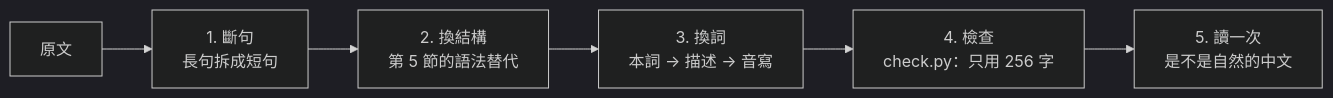
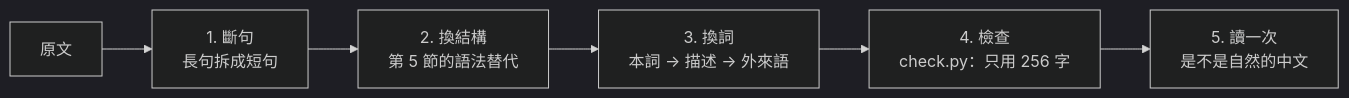
One commit to ccc-claude-opus/mini-lm changed the second of 2 diagrams in mini-lang/universal.md. Above: the diagram before and after it, drawn with Mermaid (dark theme). The commit also changed other lines of this file and 11 other files, not shown here.

````diff
--- a/mini-lang/universal.md
+++ b/mini-lang/universal.md
@@ -383,8 +401,8 @@
 ```mermaid
 flowchart LR
   A[原文] --> B["1. 斷句<br/>長句拆成短句"]
   B --> C["2. 換結構<br/>第 5 節的語法替代"]
-  C --> D["3. 換詞<br/>本詞 → 描述 → 音寫"]
+  C --> D["3. 換詞<br/>本詞 → 描述 → 外來語"]
   D --> E["4. 檢查<br/>check.py：只用 256 字"]
   E --> F["5. 讀一次<br/>是不是自然的中文"]
 ```
````
